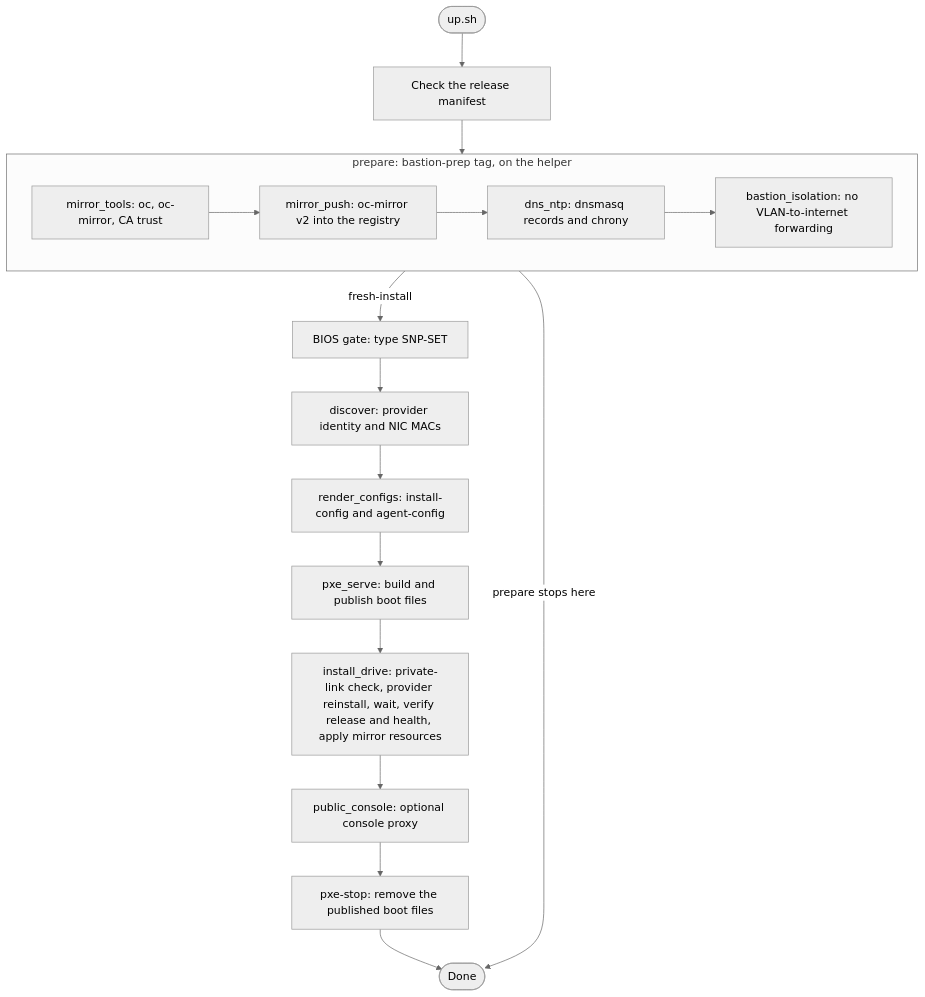
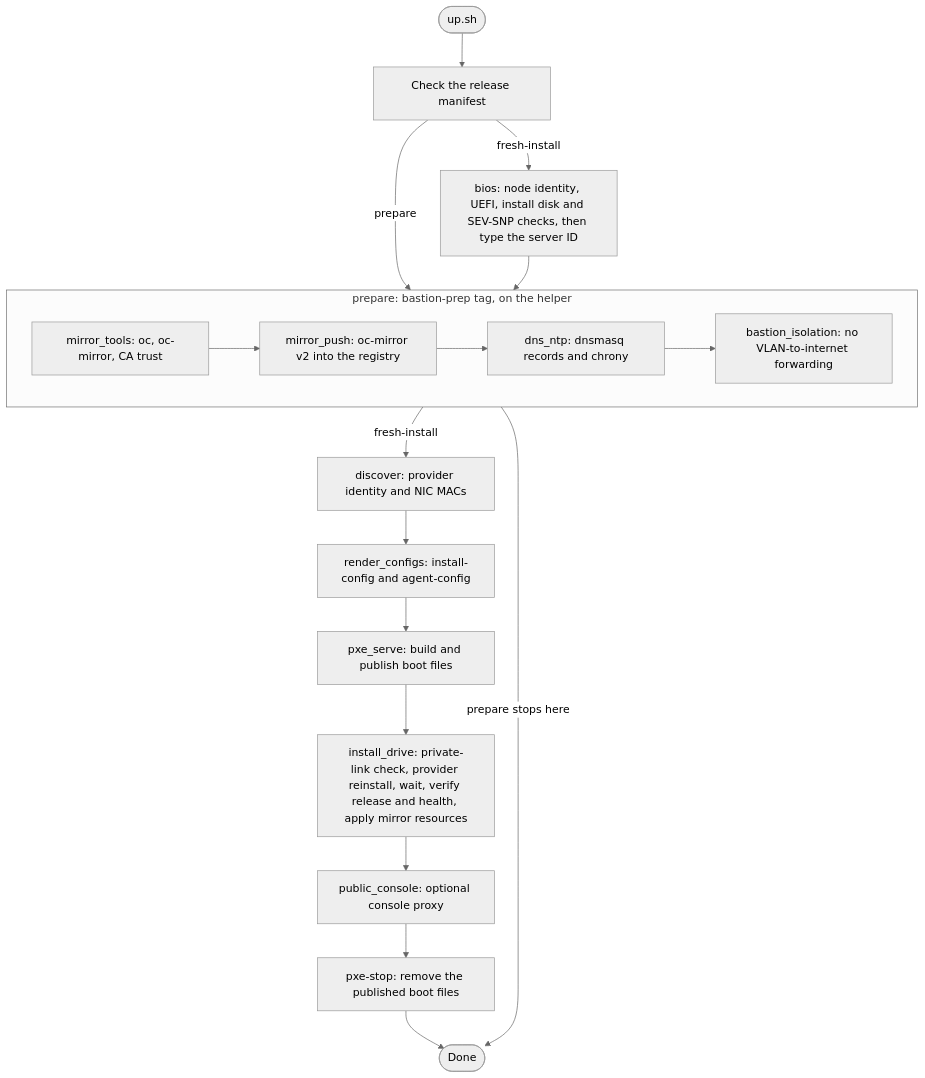
The diagram in ansible/README.md (shpwrck/openshift-confidential-containers), drawn with Mermaid (neutral theme) before and after one commit. The commit also changed other lines of this file and 43 other files, not shown here.

````diff
--- a/ansible/README.md
+++ b/ansible/README.md
@@ -28,19 +29,20 @@
 ```mermaid
 flowchart TD
   Start([up.sh]) --> Check[Check the release manifest]
-  Check --> Prep
+  Check -->|prepare| Prep
+  Check -->|fresh-install| Gate[bios: node identity, UEFI, install disk and SEV-SNP checks, then type the server ID]
+  Gate --> Prep
   subgraph Prep[prepare: bastion-prep tag, on the helper]
     Tools[mirror_tools: oc, oc-mirror, CA trust] --> Push[mirror_push: oc-mirror v2 into the registry]
     Push --> DNS[dns_ntp: dnsmasq records and chrony]
     DNS --> Iso[bastion_isolation: no VLAN-to-internet forwarding]
   end
   Prep -->|prepare stops here| Done([Done])
-  Prep -->|fresh-install| Gate[BIOS gate: type SNP-SET]
-  Gate --> Disc[discover: provider identity and NIC MACs]
+  Prep -->|fresh-install| Disc[discover: provider identity and NIC MACs]
   Disc --> Render[render_configs: install-config and agent-config]
   Render --> PXE[pxe_serve: build and publish boot files]
   PXE --> Drive[install_drive: private-link check, provider reinstall, wait, verify release and health, apply mirror resources]
   Drive --> Console[public_console: optional console proxy]
   Console --> Stop[pxe-stop: remove the published boot files]
   Stop --> Done
 ```
````
